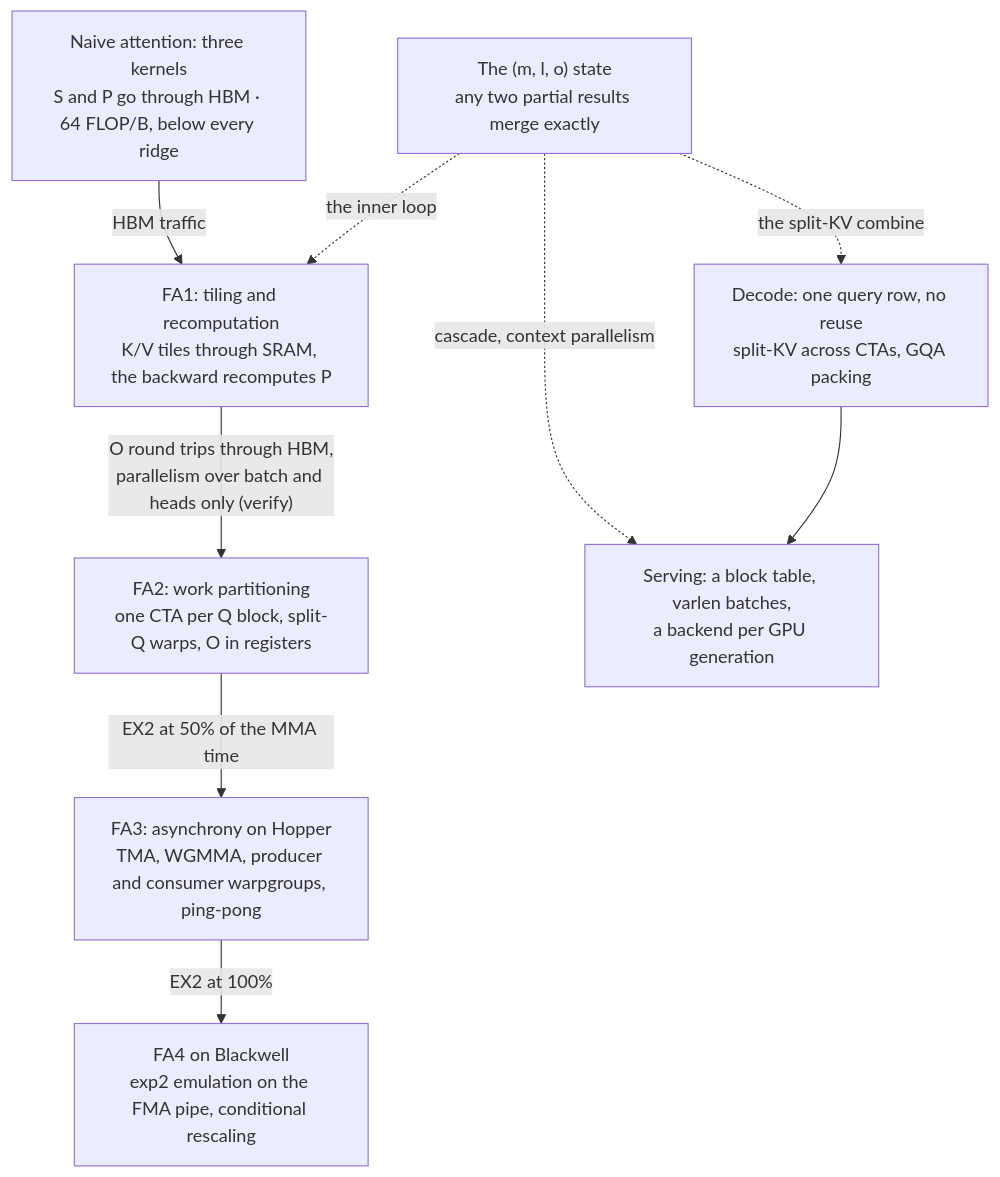
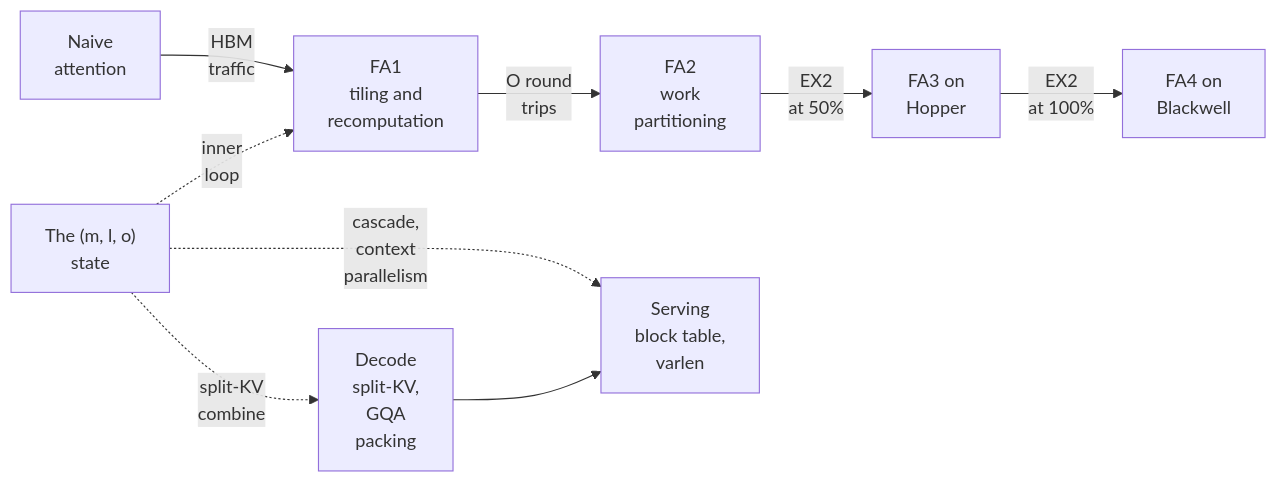
One commit to aniryou/full-stack-agentic-engineer changed the first of 3 diagrams in 04-inference-engine/flash-attention/flash-attention-deep-dive.md. Above: the diagram before and after it, drawn with Mermaid. The commit also changed other lines of this file and 633 other files, not shown here.

First line of the commit message:
Accessible language and one-screen figures, part 1: every figure fits a screen, the STE second pass over the layers (#53)

````diff
--- a/04-inference-engine/flash-attention/flash-attention-deep-dive.md
+++ b/04-inference-engine/flash-attention/flash-attention-deep-dive.md
@@ -46,19 +46,19 @@
 ```mermaid
-flowchart TB
-  N["Naive attention: three kernels<br/>S and P go through HBM · 64 FLOP/B, below every ridge"]
-  M["The (m, l, o) state<br/>any two partial results merge exactly"]
-  FA1["FA1: tiling and recomputation<br/>K/V tiles through SRAM, the backward recomputes P"]
-  FA2["FA2: work partitioning<br/>one CTA per Q block, split-Q warps, O in registers"]
-  FA3["FA3: asynchrony on Hopper<br/>TMA, WGMMA, producer and consumer warpgroups, ping-pong"]
-  FA4["FA4 on Blackwell<br/>exp2 emulation on the FMA pipe, conditional rescaling"]
-  D["Decode: one query row, no reuse<br/>split-KV across CTAs, GQA packing"]
-  S["Serving: a block table, varlen batches,<br/>a backend per GPU generation"]
-  N -->|"HBM traffic"| FA1
-  FA1 -->|"O round trips through HBM,<br/>parallelism over batch and heads only (verify)"| FA2
-  FA2 -->|"EX2 at 50% of the MMA time"| FA3
-  FA3 -->|"EX2 at 100%"| FA4
-  M -.->|"the inner loop"| FA1
-  M -.->|"the split-KV combine"| D
-  M -.->|"cascade, context parallelism"| S
+flowchart LR
+  N["Naive<br/>attention"]
+  FA1["FA1<br/>tiling and<br/>recomputation"]
+  FA2["FA2<br/>work<br/>partitioning"]
+  FA3["FA3 on<br/>Hopper"]
+  FA4["FA4 on<br/>Blackwell"]
+  M["The (m, l, o)<br/>state"]
+  D["Decode<br/>split-KV,<br/>GQA<br/>packing"]
+  S["Serving<br/>block table,<br/>varlen"]
+  N -->|"HBM<br/>traffic"| FA1
+  FA1 -->|"O round<br/>trips"| FA2
+  FA2 -->|"EX2<br/>at 50%"| FA3
+  FA3 -->|"EX2<br/>at 100%"| FA4
+  M -.->|"inner<br/>loop"| FA1
+  M -.->|"split-KV<br/>combine"| D
+  M -.->|"cascade,<br/>context<br/>parallelism"| S
   D --> S
 ```
````
